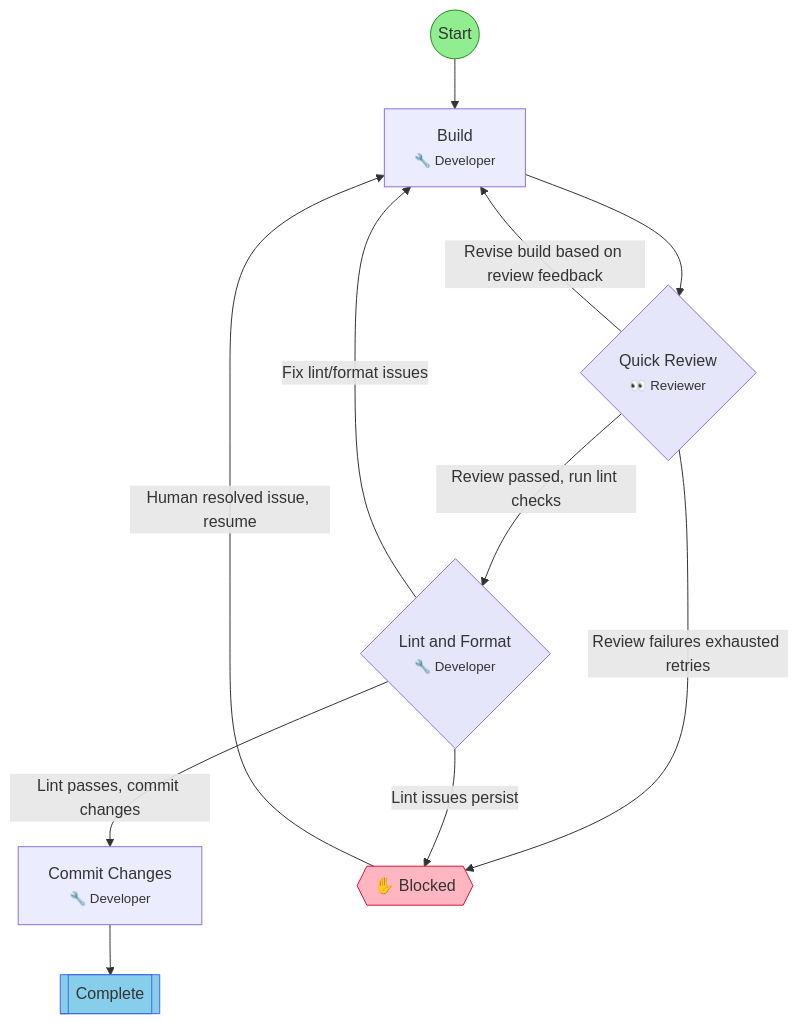
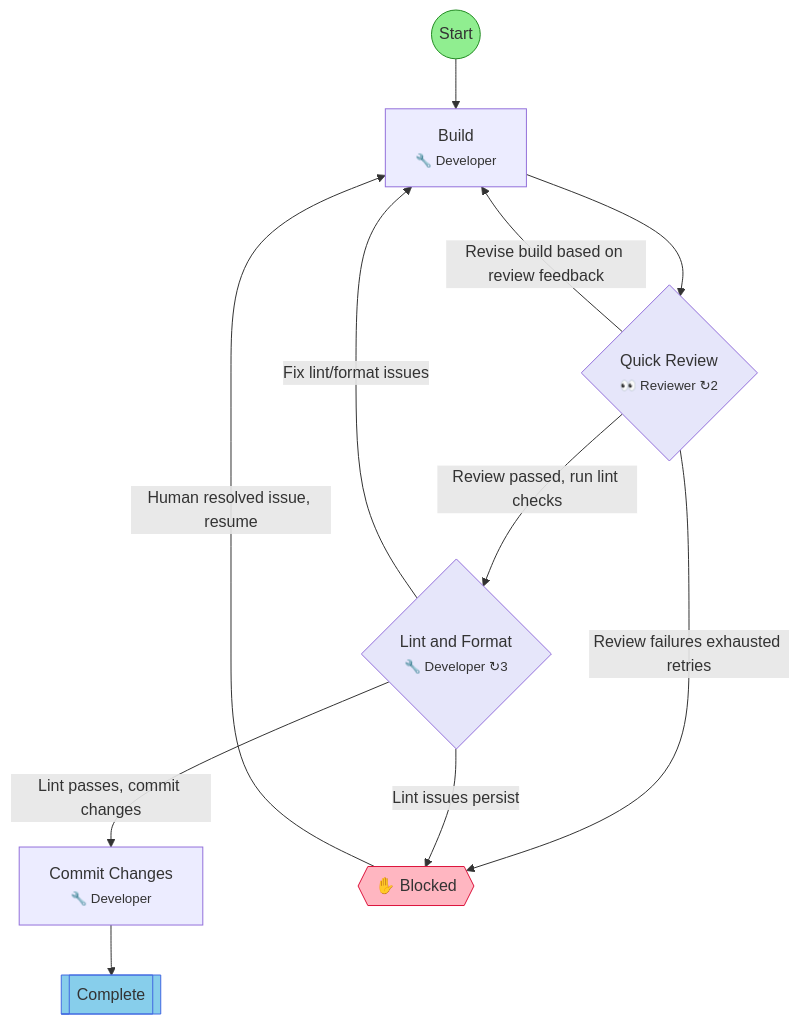
The diagram in .flow/diagrams/build-review-quick.md (leclabs/agent-toolkit), drawn with Mermaid before and after one commit. The commit also changed other lines of this file and 114 other files, not shown here.

````diff
--- a/.flow/diagrams/build-review-quick.md
+++ b/.flow/diagrams/build-review-quick.md
@@ -7,32 +7,32 @@
 ```mermaid
 flowchart TD
     start(("Start"))
     build["Build<br/><small>🔧 Developer</small>"]
-    review{"Quick Review<br/><small>👀 Reviewer</small>"}
-    lint_format{"Lint and Format<br/><small>🔧 Developer</small>"}
+    review{"Quick Review<br/><small>👀 Reviewer ↻2</small>"}
+    lint_format{"Lint and Format<br/><small>🔧 Developer ↻3</small>"}
     commit["Commit Changes<br/><small>🔧 Developer</small>"]
     end_success[["Complete"]]
     hitl_blocked{{"✋ Blocked"}}
 
     start --> build
     build --> review
     review -->|Revise build based on review feedback| build
     review -->|Review failures exhausted retries| hitl_blocked
     review -->|Review passed, run lint checks| lint_format
     lint_format -->|Lint passes, commit changes| commit
     lint_format -->|Fix lint/format issues| build
     lint_format -->|Lint issues persist| hitl_blocked
     commit --> end_success
     hitl_blocked -->|Human resolved issue, resume| build
 
     classDef startStep fill:#90EE90,stroke:#228B22
     classDef successStep fill:#87CEEB,stroke:#4169E1
     classDef hitlStep fill:#FFB6C1,stroke:#DC143C
     classDef gateStep fill:#E6E6FA,stroke:#9370DB
     classDef forkJoinStep fill:#FFEAA7,stroke:#FDCB6E
     classDef currentStep fill:#FFD700,stroke:#FF8C00,stroke-width:3px
     class start startStep
     class end_success successStep
     class hitl_blocked hitlStep
     class review,lint_format gateStep
 ```
````
